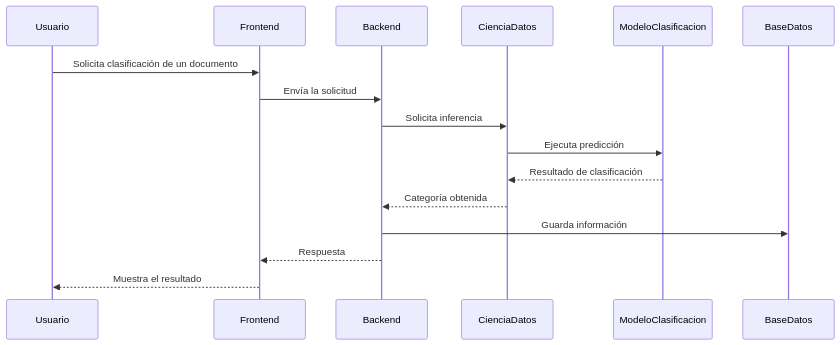
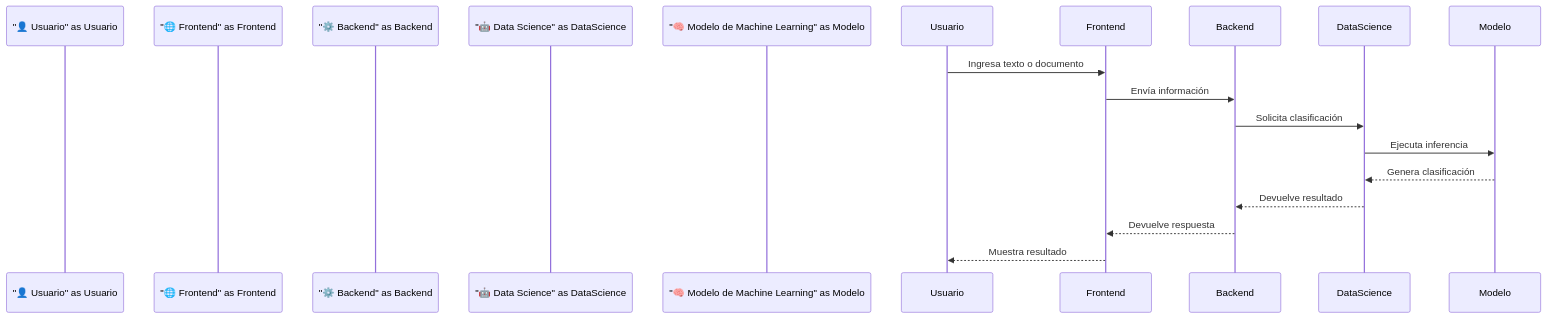
One commit to No-Country-simulation/g9-latam-team16-techmind changed the second of 4 diagrams in docs/Architecture/Architecture.md. Above: the diagram before and after it, drawn with Mermaid. The commit also changed other lines of this file and 148 other files, not shown here.

````diff
--- a/docs/Architecture/Architecture.md
+++ b/docs/Architecture/Architecture.md
@@ -96,33 +66,17 @@
 ```mermaid
 sequenceDiagram
+    participant "👤 Usuario" as Usuario
+    participant "🌐 Frontend" as Frontend
+    participant "⚙️ Backend" as Backend
+    participant "🤖 Data Science" as DataScience
+    participant "🧠 Modelo de Machine Learning" as Modelo
 
-    participant Usuario
-
-    participant Frontend
-
-    participant Backend
-
-    participant CienciaDatos
-
-    participant ModeloClasificacion
-
-    participant BaseDatos
-
-    Usuario->>Frontend: Solicita clasificación de un documento
-
-    Frontend->>Backend: Envía la solicitud
-
-    Backend->>CienciaDatos: Solicita inferencia
-
-    CienciaDatos->>ModeloClasificacion: Ejecuta predicción
-
-    ModeloClasificacion-->>CienciaDatos: Resultado de clasificación
-
-    CienciaDatos-->>Backend: Categoría obtenida
-
-    Backend->>BaseDatos: Guarda información
-
-    Backend-->>Frontend: Respuesta
-
-    Frontend-->>Usuario: Muestra el resultado
+    Usuario->>Frontend: Ingresa texto o documento
+    Frontend->>Backend: Envía información
+    Backend->>DataScience: Solicita clasificación
+    DataScience->>Modelo: Ejecuta inferencia
+    Modelo-->>DataScience: Genera clasificación
+    DataScience-->>Backend: Devuelve resultado
+    Backend-->>Frontend: Devuelve respuesta
+    Frontend-->>Usuario: Muestra resultado
 ```
````
